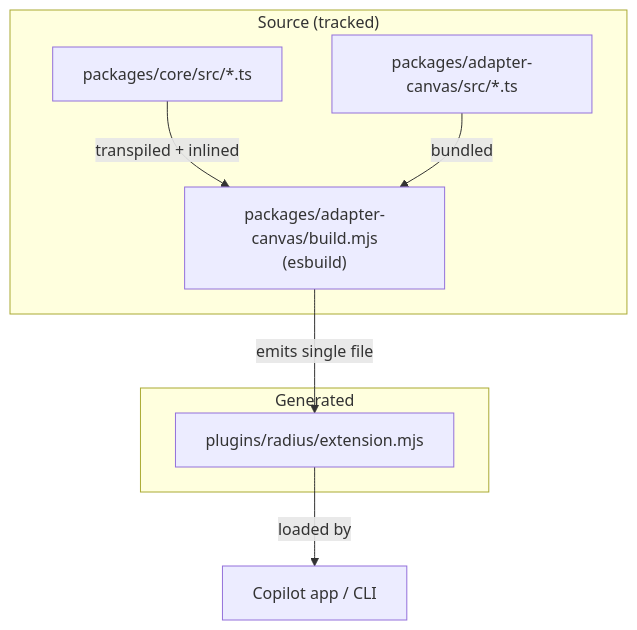
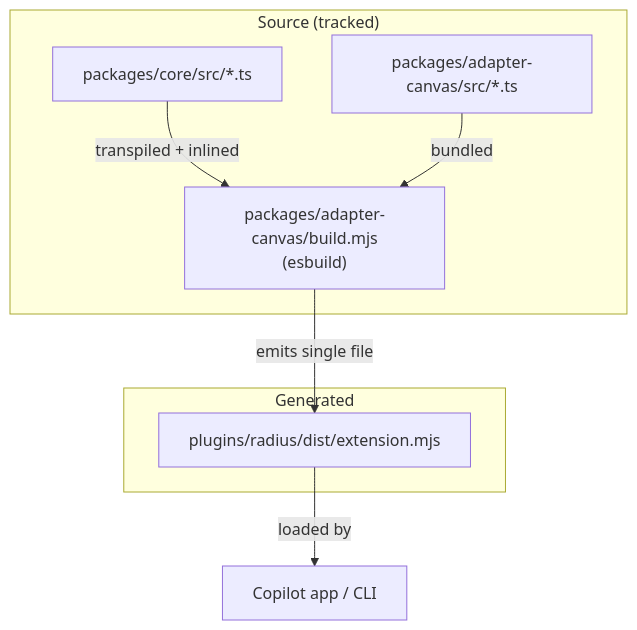
One commit to radius-project/ai-extensions changed the fourth of 5 diagrams in .github/skills/radius-architecture-documenter/references/mermaid-patterns.md. Above: the diagram before and after it, drawn with Mermaid. The commit also changed other lines of this file and 76 other files, not shown here.

````diff
--- a/.github/skills/radius-architecture-documenter/references/mermaid-patterns.md
+++ b/.github/skills/radius-architecture-documenter/references/mermaid-patterns.md
@@ -74,17 +74,17 @@
 ```mermaid
 graph TD
     subgraph Source["Source (tracked)"]
         CoreTS["packages/core/src/*.ts"]
         CanvasSrc["packages/adapter-canvas/src/*.ts"]
         Build["packages/adapter-canvas/build.mjs<br/>(esbuild)"]
     end
 
     subgraph Output["Generated"]
-        Bundle["plugins/radius/extension.mjs"]
+        Bundle["plugins/radius/dist/extension.mjs"]
     end
 
     CoreTS -->|transpiled + inlined| Build
     CanvasSrc -->|bundled| Build
     Build -->|emits single file| Bundle
     Bundle -->|loaded by| App["Copilot app / CLI"]
 ```
````
